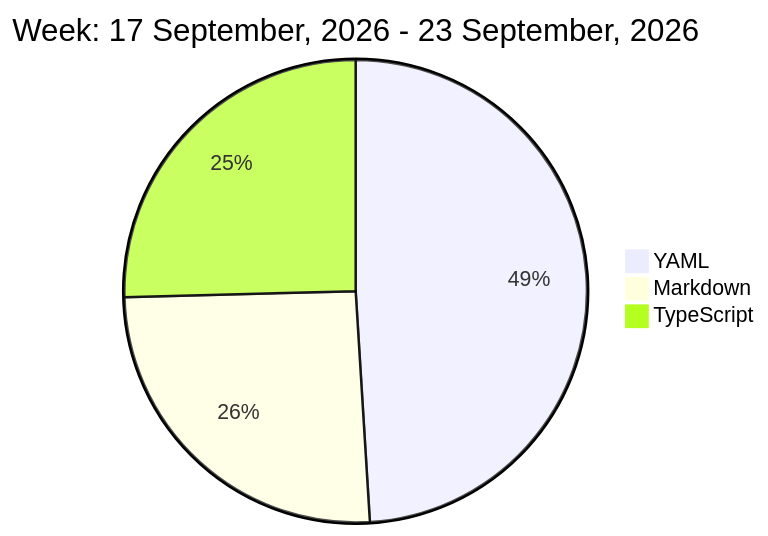
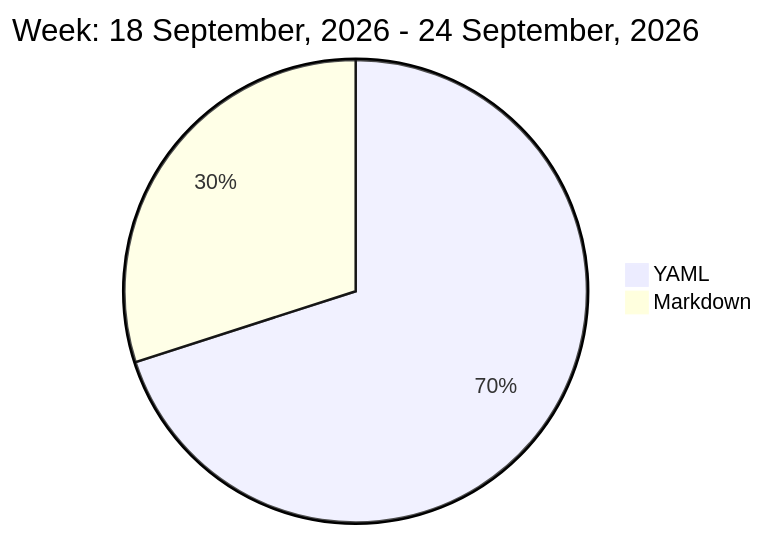
One commit to liubin95/liubin95 changed the diagram in README.md. Above: the diagram before and after it, drawn with Mermaid.

Commit message:
Updated the Graph with new Metrics

````diff
--- a/README.md
+++ b/README.md
@@ -32,7 +32,6 @@
 ```mermaid
  pie
-title Week: 17 September, 2026 - 23 September, 2026
- "YAML" : 5.75
- "Markdown" : 3.0
- "TypeScript" : 2.98
+title Week: 18 September, 2026 - 24 September, 2026
+ "YAML" : 6.15
+ "Markdown" : 2.63
 ```
````
